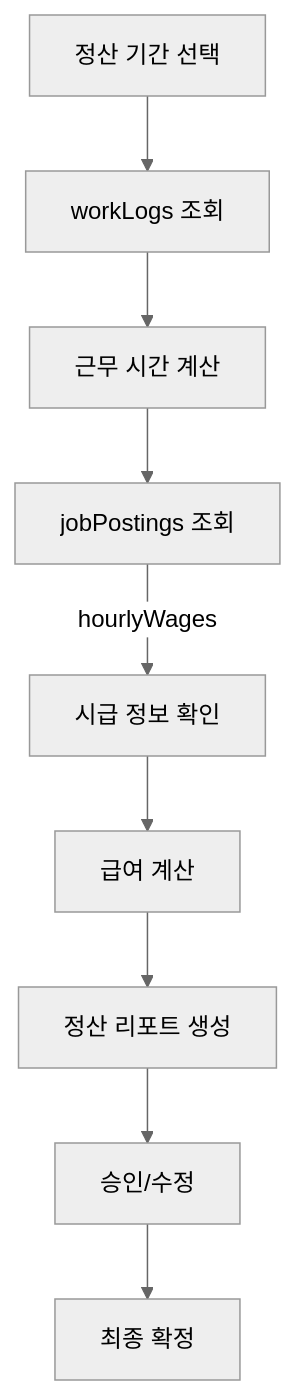
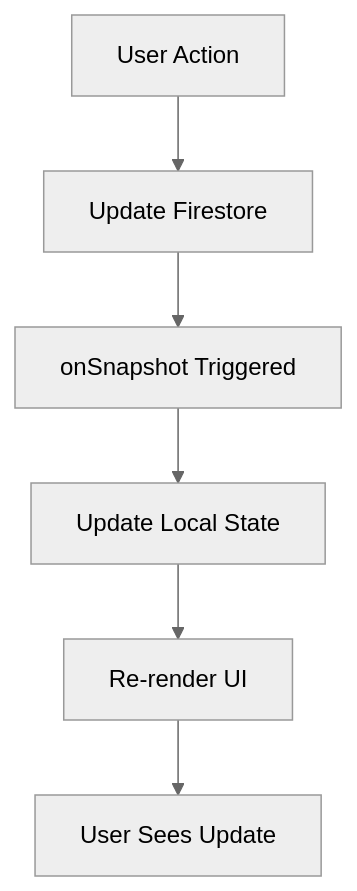
The diagram in docs/FIREBASE_DATA_FLOW.md (snosnosno/tholdem), drawn with Mermaid (neutral theme) before and after one commit. The commit also changed other lines of this file and 43 other files, not shown here.

````diff
--- a/docs/FIREBASE_DATA_FLOW.md
+++ b/docs/FIREBASE_DATA_FLOW.md
@@ -98,11 +119,8 @@
 ```mermaid
 graph TD
-    A[정산 기간 선택] --> B[workLogs 조회]
-    B --> C[근무 시간 계산]
-    C --> D[jobPostings 조회]
-    D -->|hourlyWages| E[시급 정보 확인]
-    E --> F[급여 계산]
-    F --> G[정산 리포트 생성]
-    G --> H[승인/수정]
-    H --> I[최종 확정]
+    A[User Action] --> B[Update Firestore]
+    B --> C[onSnapshot Triggered]
+    C --> D[Update Local State]
+    D --> E[Re-render UI]
+    E --> F[User Sees Update]
 ```
````
